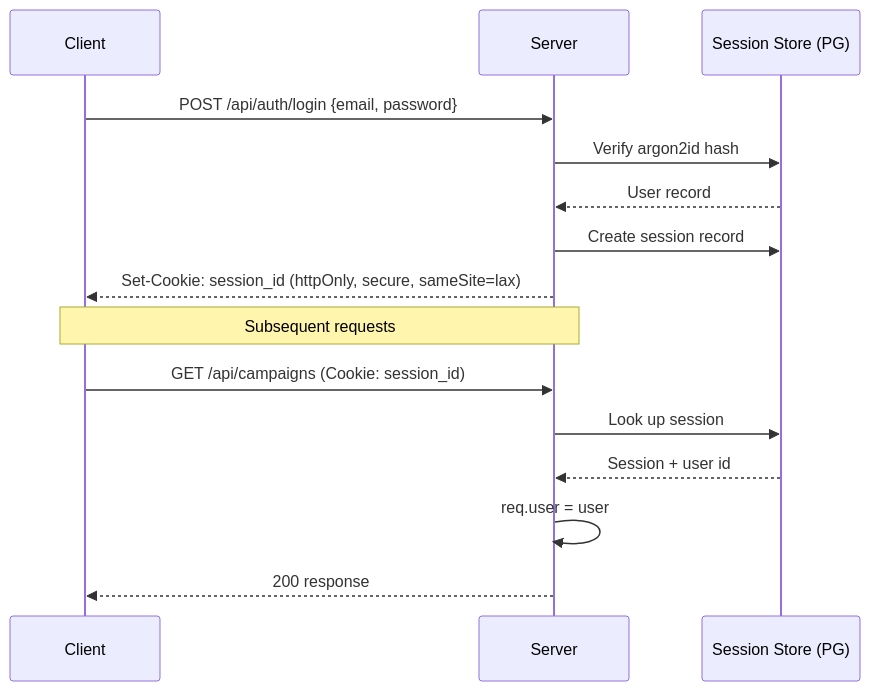
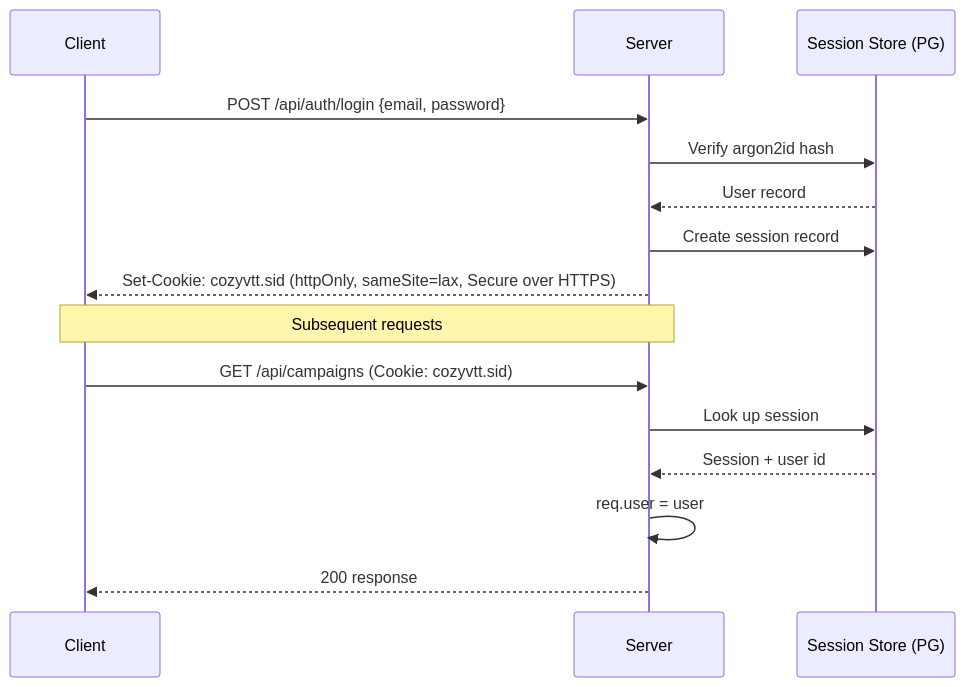
One commit to CheekyChinchilla/CozyVTT changed the fifth of 6 diagrams in docs/ARCHITECTURE.md. Above: the diagram before and after it, drawn with Mermaid. The commit also changed 2 other files, not shown here.

Commit message:
Correct the session cookie, rate limit and backup list descriptions in the API documents

````diff
--- a/docs/ARCHITECTURE.md
+++ b/docs/ARCHITECTURE.md
@@ -418,19 +418,19 @@
 ```mermaid
 sequenceDiagram
     participant C as Client
     participant S as Server
     participant DB as Session Store (PG)
 
     C->>S: POST /api/auth/login {email, password}
     S->>DB: Verify argon2id hash
     DB-->>S: User record
     S->>DB: Create session record
-    S-->>C: Set-Cookie: session_id (httpOnly, secure, sameSite=lax)
+    S-->>C: Set-Cookie: cozyvtt.sid (httpOnly, sameSite=lax, Secure over HTTPS)
 
     Note over C,S: Subsequent requests
-    C->>S: GET /api/campaigns (Cookie: session_id)
+    C->>S: GET /api/campaigns (Cookie: cozyvtt.sid)
     S->>DB: Look up session
     DB-->>S: Session + user id
     S->>S: req.user = user
     S-->>C: 200 response
 ```
````
